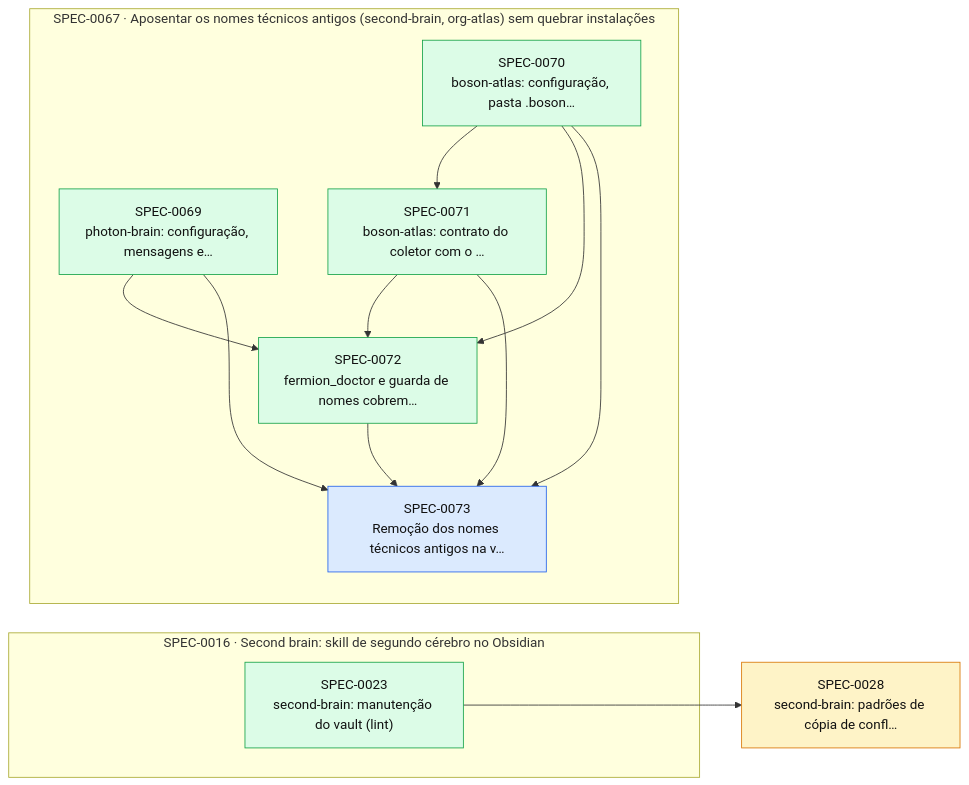
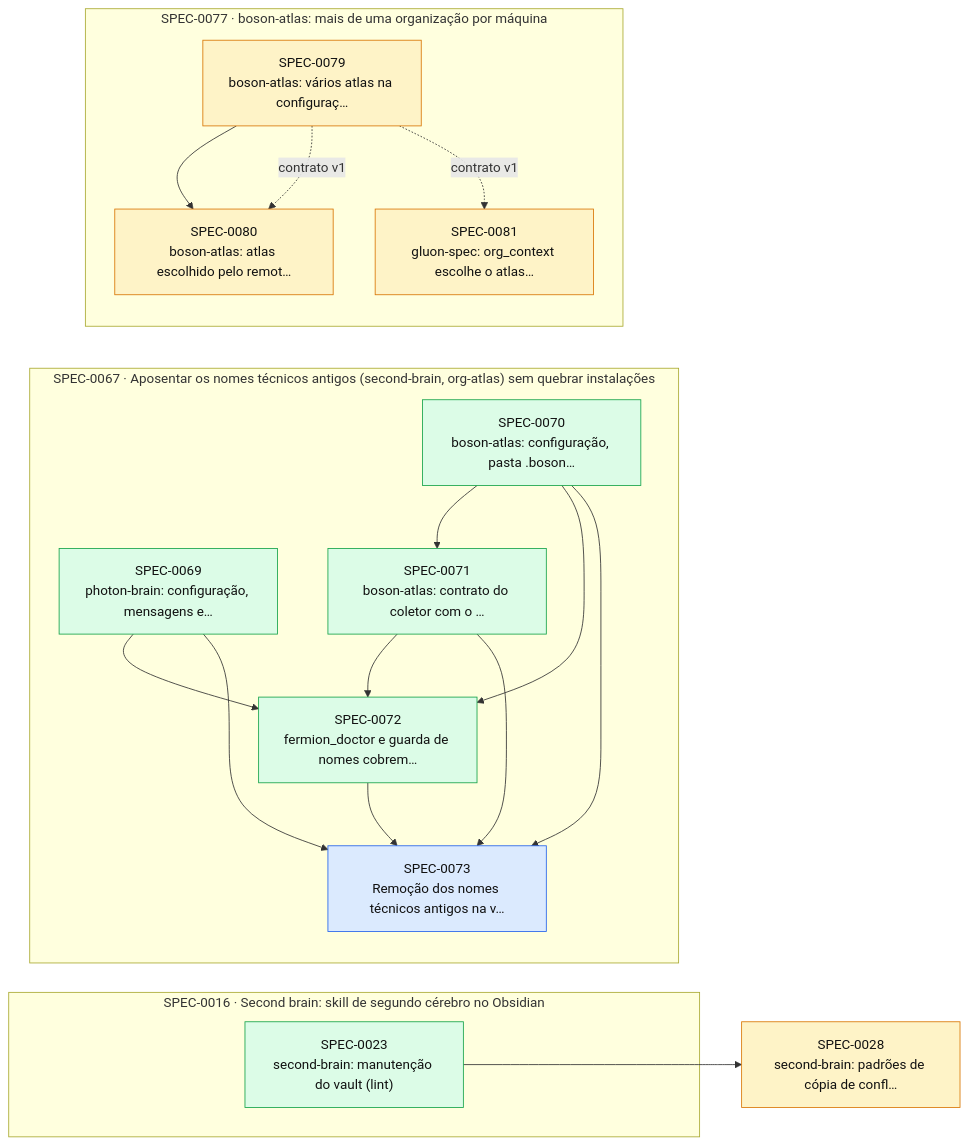
Before and after one commit to thomasravache/ai-dev-brain: the diagram in docs/specs/INDEX.md, drawn with Mermaid. The commit also changed other lines of this file, not shown here.

````diff
--- a/docs/specs/INDEX.md
+++ b/docs/specs/INDEX.md
@@ -60,28 +63,36 @@
 ```mermaid
 flowchart LR
   S0028["SPEC-0028<br/>second-brain: padrões de cópia de confl…"]:::proposed
   subgraph E0016["SPEC-0016 · Second brain: skill de segundo cérebro no Obsidian"]
     S0023["SPEC-0023<br/>second-brain: manutenção do vault (lint)"]:::implemented
   end
   subgraph E0067["SPEC-0067 · Aposentar os nomes técnicos antigos (second-brain, org-atlas) sem quebrar instalações"]
     S0069["SPEC-0069<br/>photon-brain: configuração, mensagens e…"]:::implemented
     S0070["SPEC-0070<br/>boson-atlas: configuração, pasta .boson…"]:::implemented
     S0071["SPEC-0071<br/>boson-atlas: contrato do coletor com o …"]:::implemented
     S0072["SPEC-0072<br/>fermion_doctor e guarda de nomes cobrem…"]:::implemented
     S0073["SPEC-0073<br/>Remoção dos nomes técnicos antigos na v…"]:::approved
   end
+  subgraph E0077["SPEC-0077 · boson-atlas: mais de uma organização por máquina"]
+    S0079["SPEC-0079<br/>boson-atlas: vários atlas na configuraç…"]:::proposed
+    S0080["SPEC-0080<br/>boson-atlas: atlas escolhido pelo remot…"]:::proposed
+    S0081["SPEC-0081<br/>gluon-spec: org_context escolhe o atlas…"]:::proposed
+  end
   S0023 --> S0028
   S0070 --> S0071
   S0069 --> S0072
   S0070 --> S0072
   S0071 --> S0072
   S0069 --> S0073
   S0070 --> S0073
   S0071 --> S0073
   S0072 --> S0073
+  S0079 --> S0080
+  S0079 -. contrato v1 .-> S0080
+  S0079 -. contrato v1 .-> S0081
   classDef proposed fill:#fef3c7,stroke:#d97706,color:#111
   classDef approved fill:#dbeafe,stroke:#2563eb,color:#111
   classDef inprogress fill:#ede9fe,stroke:#7c3aed,color:#111
   classDef implemented fill:#dcfce7,stroke:#16a34a,color:#111
   classDef deprecated fill:#f3f4f6,stroke:#9ca3af,color:#6b7280
 ```
````
